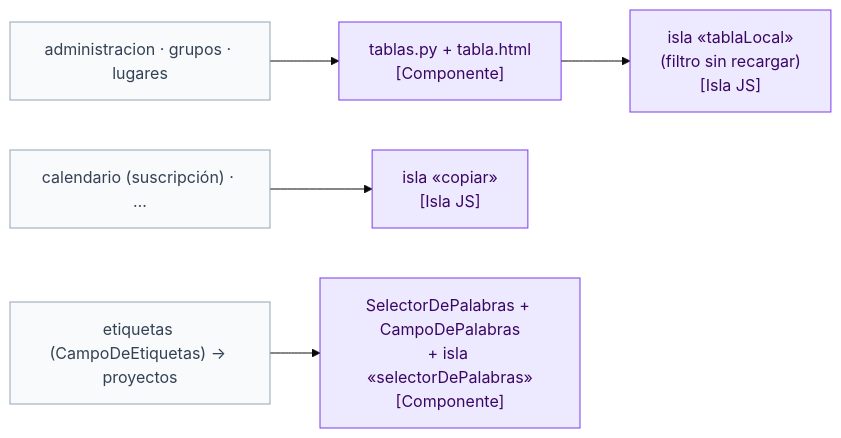
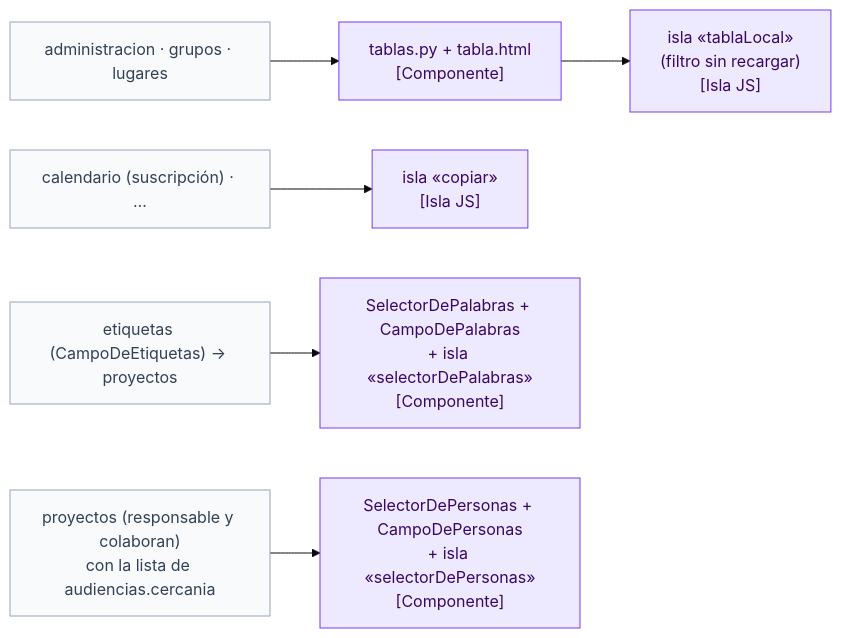
Before and after one commit to chemabc/groupy: diagram 29 of 33 in docs/arquitectura.md, drawn with Mermaid (base theme). The commit also changed other lines of this file and 15 other files, not shown here.

First line of the commit message:
Selector de personas: responsable y colaboran de las tareas, por cercanía

````diff
--- a/docs/arquitectura.md
+++ b/docs/arquitectura.md
@@ -803,16 +815,19 @@
 ```mermaid
 flowchart LR
   classDef comp fill:#ede9fe,stroke:#7c3aed,color:#3b0764
   classDef otro fill:#f8fafc,stroke:#94a3b8,color:#334155
   tablas["tablas.py + tabla.html<br/>[Componente]"]:::comp
   tablaLocal["isla «tablaLocal»<br/>(filtro sin recargar)<br/>[Isla JS]"]:::comp
   copiar["isla «copiar»<br/>[Isla JS]"]:::comp
   selector["SelectorDePalabras + CampoDePalabras<br/>+ isla «selectorDePalabras»<br/>[Componente]"]:::comp
+  personas["SelectorDePersonas + CampoDePersonas<br/>+ isla «selectorDePersonas»<br/>[Componente]"]:::comp
+  usan4["proyectos (responsable y colaboran)<br/>con la lista de audiencias.cercania"]:::otro
   usan1["administracion · grupos · lugares"]:::otro
   usan2["calendario (suscripción) · …"]:::otro
   usan3["etiquetas (CampoDeEtiquetas) → proyectos"]:::otro
   tablas --> tablaLocal
   usan1 --> tablas
   usan2 --> copiar
   usan3 --> selector
+  usan4 --> personas
 ```
````
